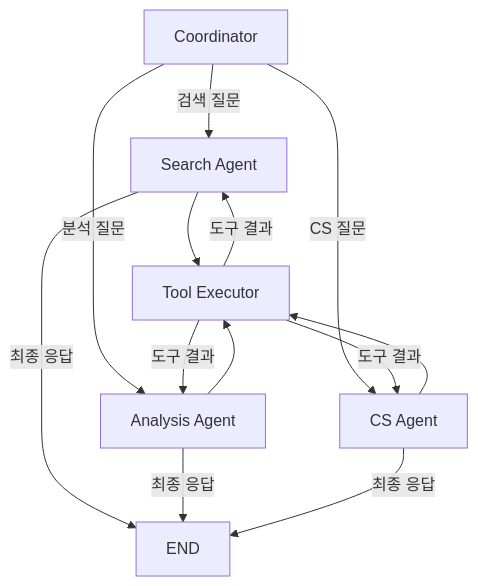
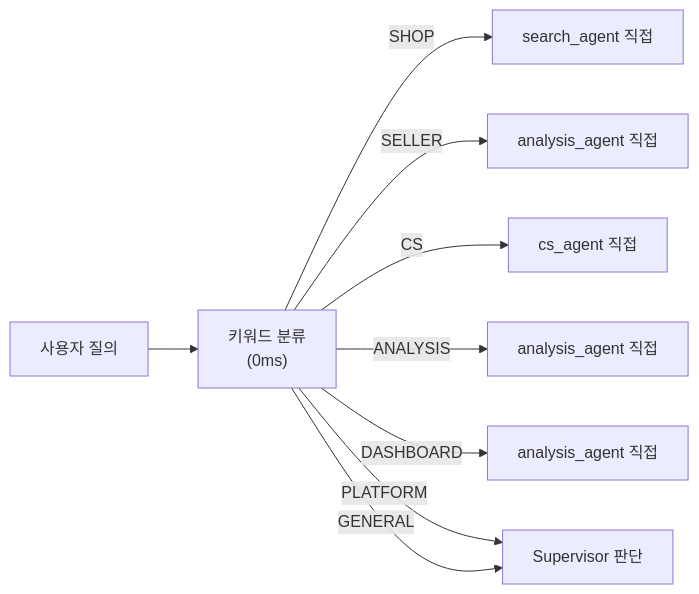
The eighth of 28 diagrams in backend 리팩토링 시작/README.md (ASNGG/cafe24-demo), drawn with Mermaid before and after one commit. The commit also changed other lines of this file and 10 other files, not shown here.

````diff
--- a/backend 리팩토링 시작/README.md
+++ b/backend 리팩토링 시작/README.md
@@ -869,9 +936,11 @@
 ```mermaid
-flowchart TD
-    C["Coordinator"] -->|"검색 질문"| S["Search Agent"]
-    C -->|"분석 질문"| A["Analysis Agent"]
-    C -->|"CS 질문"| T["CS Agent"]
-    S & A & T --> Tools["Tool Executor"]
-    Tools -->|"도구 결과"| S & A & T
-    S & A & T -->|"최종 응답"| END["END"]
+flowchart LR
+    Q["사용자 질의"] --> KW["키워드 분류<br/>(0ms)"]
+    KW -->|"SHOP"| W1["search_agent 직접"]
+    KW -->|"SELLER"| W2["analysis_agent 직접"]
+    KW -->|"CS"| W3["cs_agent 직접"]
+    KW -->|"ANALYSIS"| W4["analysis_agent 직접"]
+    KW -->|"DASHBOARD"| W5["analysis_agent 직접"]
+    KW -->|"PLATFORM"| SUP["Supervisor 판단"]
+    KW -->|"GENERAL"| SUP
 ```
````
